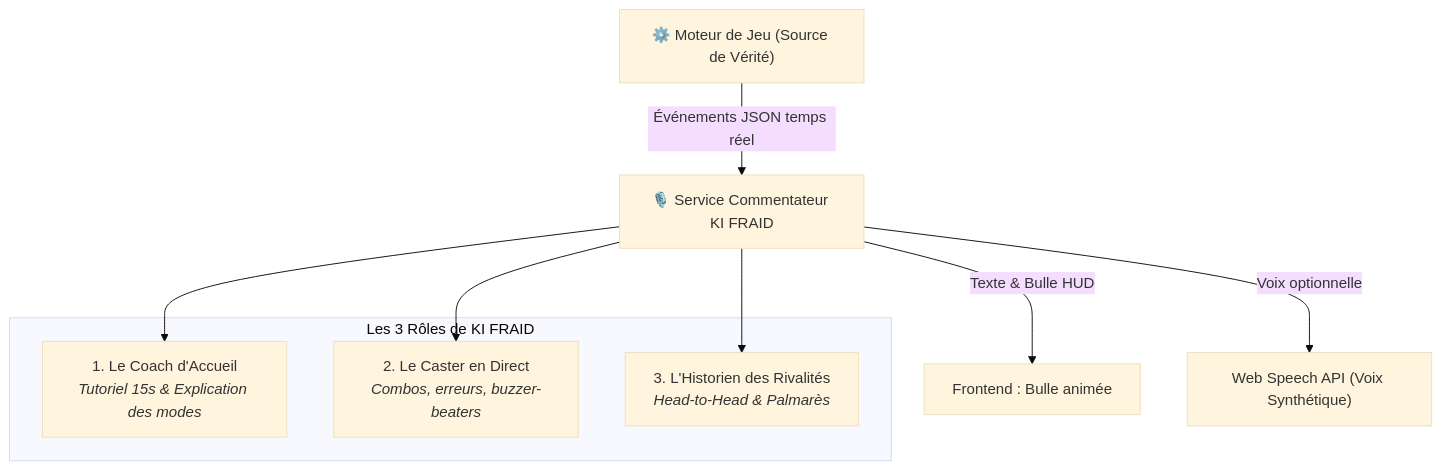
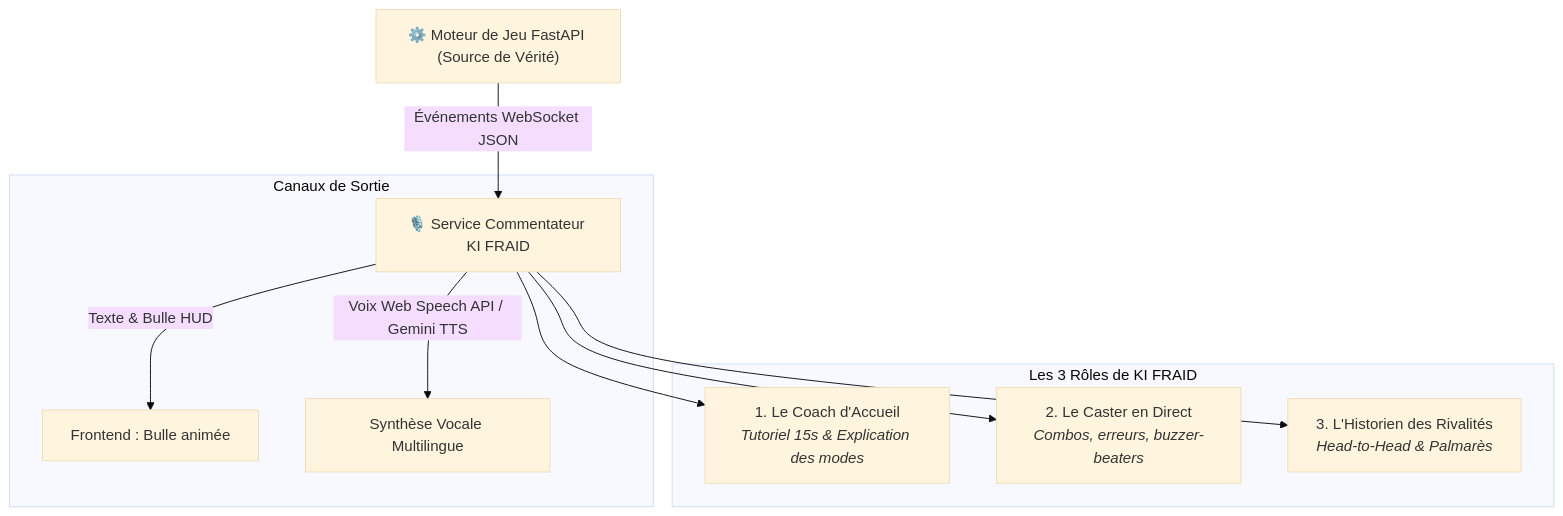
Before and after one commit to FRAID0/Sudoku-Arena: the diagram in docs/gameplay_vision_commentator.md, drawn with Mermaid (base theme). The commit also changed other lines of this file, not shown here.

Commit message:
docs(commentator): enrich vision with trilingual i18n (FR/EN/DE), Gemini Flash TTS, and non-repeating commentary catalog

````diff
--- a/docs/gameplay_vision_commentator.md
+++ b/docs/gameplay_vision_commentator.md
@@ -24,17 +39,19 @@
 ```mermaid
 graph TD
-    Engine["⚙️ Moteur de Jeu (Source de Vérité)"] -->|Événements JSON temps réel| Commentator["🎙️ Service Commentateur KI FRAID"]
+    Engine["⚙️ Moteur de Jeu FastAPI (Source de Vérité)"] -->|Événements WebSocket JSON| Commentator["🎙️ Service Commentateur KI FRAID"]
     
     subgraph Roles["Les 3 Rôles de KI FRAID"]
         Role1["1. Le Coach d'Accueil<br><i>Tutoriel 15s & Explication des modes</i>"]
         Role2["2. Le Caster en Direct<br><i>Combos, erreurs, buzzer-beaters</i>"]
         Role3["3. L'Historien des Rivalités<br><i>Head-to-Head & Palmarès</i>"]
     end
     
     Commentator --> Role1
     Commentator --> Role2
     Commentator --> Role3
     
-    Commentator -->|Texte & Bulle HUD| FrontUI["Frontend : Bulle animée"]
-    Commentator -->|Voix optionnelle| WebSpeech["Web Speech API (Voix Synthétique)"]
+    subgraph Outputs["Canaux de Sortie"]
+        Commentator -->|Texte & Bulle HUD| FrontUI["Frontend : Bulle animée"]
+        Commentator -->|Voix Web Speech API / Gemini TTS| AudioSynth["Synthèse Vocale Multilingue"]
+    end
 ```
````
